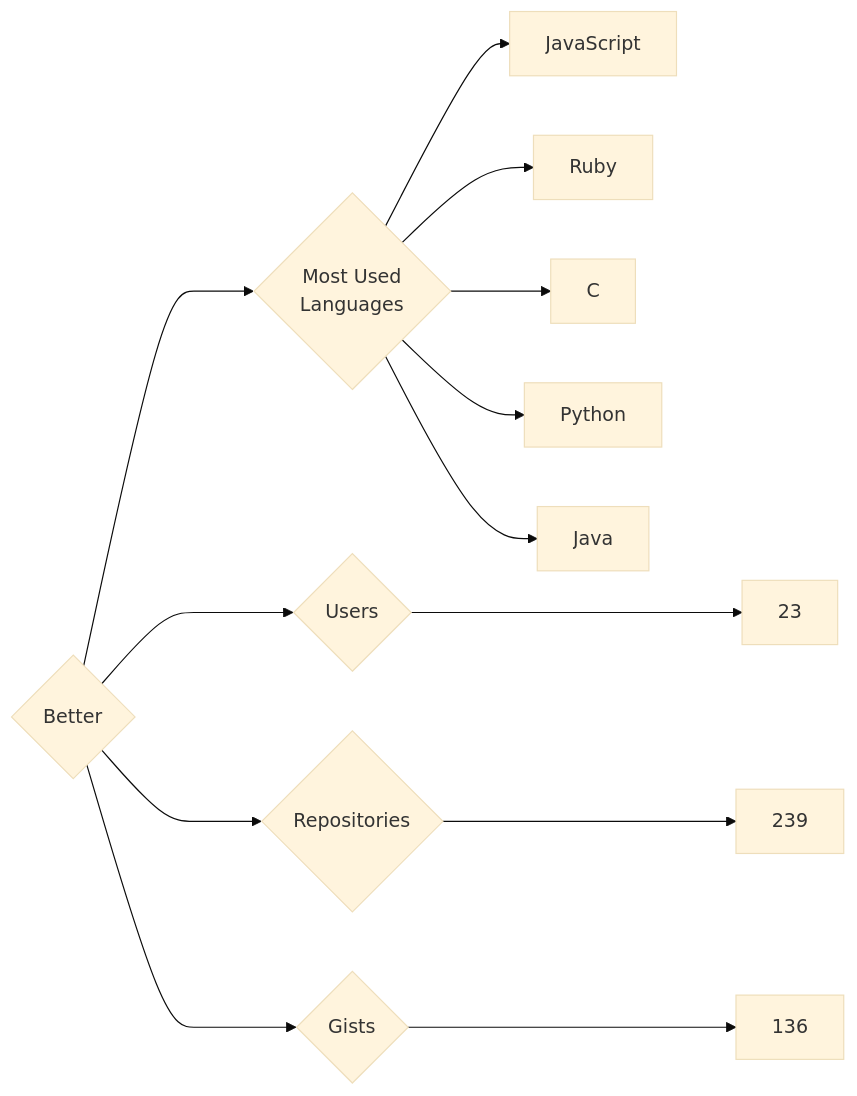
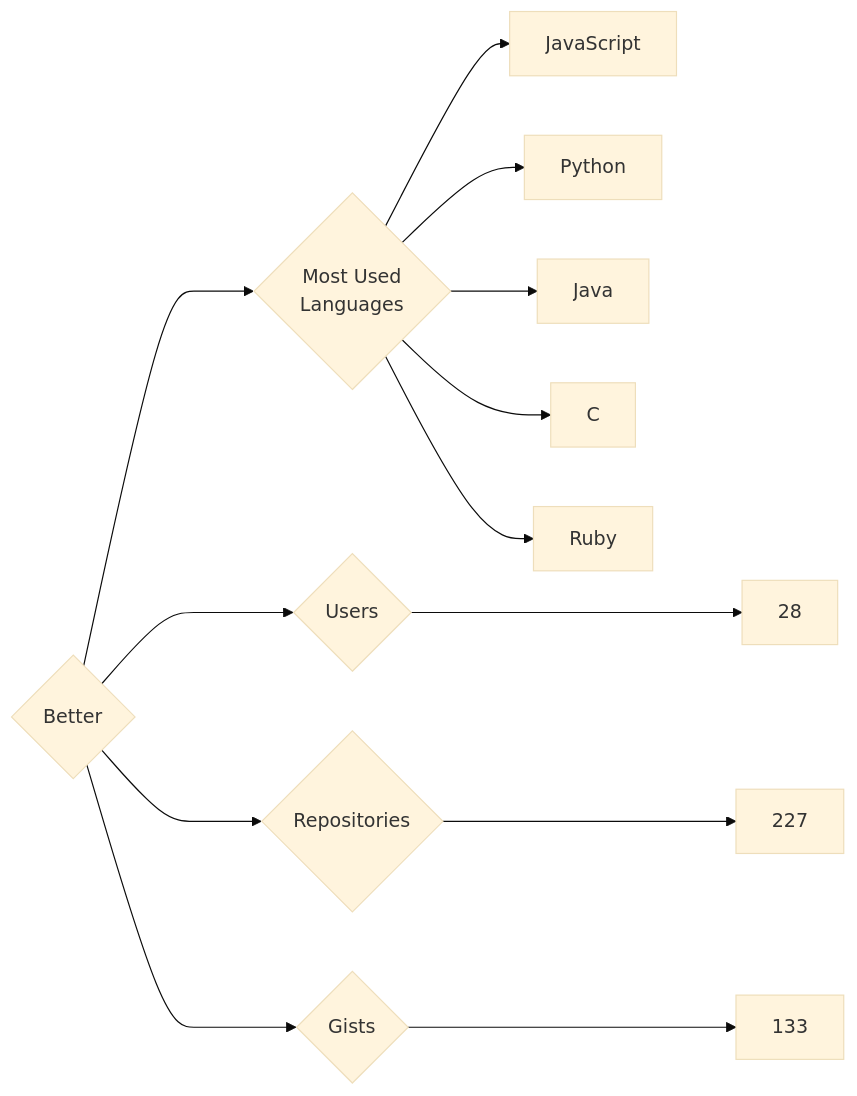
The diagram in targets/Better/README.md (trickest/insiders), drawn with Mermaid (base theme) before and after one commit. The commit also changed 757 other files, not shown here.

````diff
--- a/targets/Better/README.md
+++ b/targets/Better/README.md
@@ -3,13 +3,13 @@
 ```mermaid
 graph LR
 COMPANY_NAME{Better}
-COMPANY_NAME ---> U{Users} ---> UN[23]
-COMPANY_NAME ---> R{Repositories} ---> RN[239]
-COMPANY_NAME ---> G{Gists} ---> GN[136]
+COMPANY_NAME ---> U{Users} ---> UN[28]
+COMPANY_NAME ---> R{Repositories} ---> RN[227]
+COMPANY_NAME ---> G{Gists} ---> GN[133]
 COMPANY_NAME ---> ML{Most Used<br>Languages}
 ML --> JavaScript[JavaScript]
-ML --> Ruby[Ruby]
-ML --> C[C]
 ML --> Python[Python]
 ML --> Java[Java]
+ML --> C[C]
+ML --> Ruby[Ruby]
 ```
````
